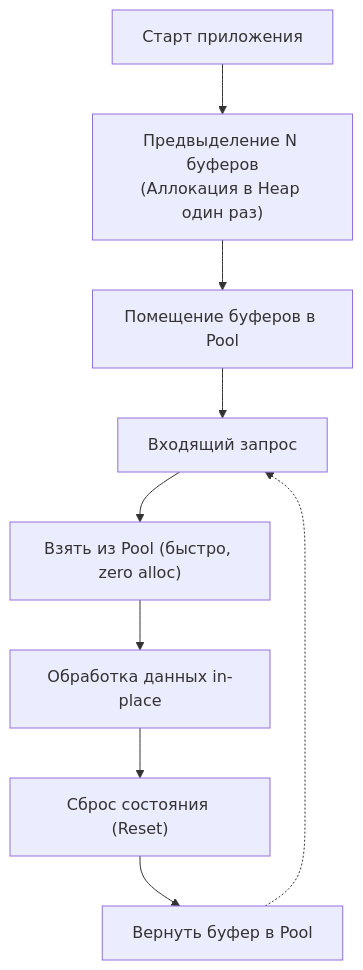
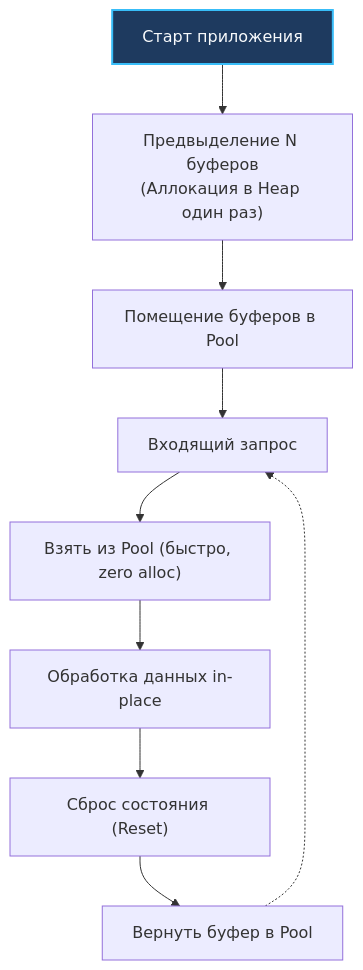
The second of 2 diagrams in sources/16. Профилирование, отладка и производительность/09. Практические оптимизации/9. Zero allocation подход.md (UnrealTemplier/go-textbook), drawn with Mermaid before and after one commit. The commit also changed other lines of this file and 1666 other files, not shown here.

First line of the commit message:
feat(mermaid): add semantic color classDef to 1369 colorless flowchart/graph diagrams

````diff
--- a/sources/16. Профилирование, отладка и производительность/09. Практические оптимизации/9. Zero allocation подход.md
+++ b/sources/16. Профилирование, отладка и производительность/09. Практические оптимизации/9. Zero allocation подход.md
@@ -47,12 +57,22 @@
 ```mermaid
 flowchart TD
-    A["Старт приложения"] --> B["Предвыделение N буферов<br/>(Аллокация в Heap один раз)"]
+    classDef process  fill:#1e293b,stroke:#38bdf8,stroke-width:1px,color:#f8fafc
+    classDef success  fill:#064e3b,stroke:#34d399,stroke-width:1px,color:#f8fafc
+    classDef error    fill:#7f1d1d,stroke:#f87171,stroke-width:1px,color:#f8fafc
+    classDef warning  fill:#78350f,stroke:#fbbf24,stroke-width:1px,color:#f8fafc
+    classDef entry    fill:#1e3a5f,stroke:#38bdf8,stroke-width:2px,color:#f8fafc
+    classDef aux      fill:#334155,stroke:#64748b,stroke-width:1px,color:#f8fafc
+    classDef system   fill:#312e81,stroke:#a78bfa,stroke-width:1px,color:#f8fafc
+    classDef data     fill:#132d29,stroke:#2dd4bf,stroke-width:1px,color:#f8fafc
+    classDef network  fill:#881337,stroke:#fb7185,stroke-width:1px,color:#f8fafc
+    classDef accent   fill:#1e1b4b,stroke:#818cf8,stroke-width:1px,color:#f8fafc
+    A["Старт приложения"]:::entry --> B["Предвыделение N буферов<br/>(Аллокация в Heap один раз)"]
     B --> C["Помещение буферов в Pool"]
     C --> D["Входящий запрос"]
     
     D --> E["Взять из Pool (быстро, zero alloc)"]
     E --> F["Обработка данных in-place"]
     F --> G["Сброс состояния (Reset)"]
     G --> H["Вернуть буфер в Pool"]
     H -.-> D
 ```
````
